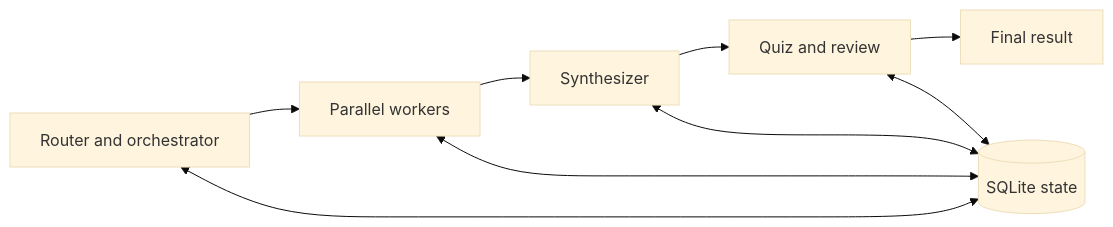
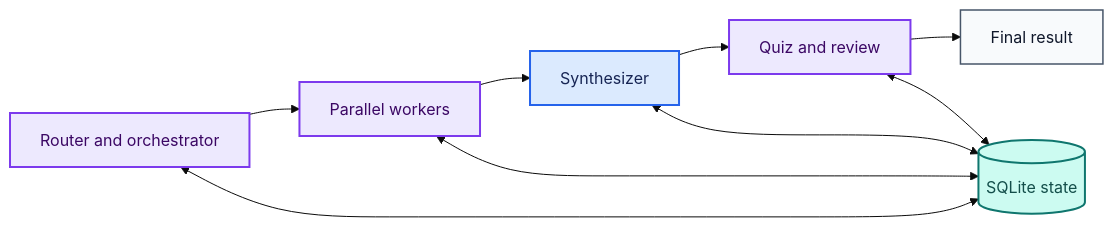
Before and after one commit to anne500/multi-agent-study-guide: diagram 12 of 20 in docs/ARCHITECTURE.md, drawn with Mermaid (base theme). The commit also changed other lines of this file and 7 other files, not shown here.

Commit message:
Add visual learning map and color-coded architecture documentation

````diff
--- a/docs/ARCHITECTURE.md
+++ b/docs/ARCHITECTURE.md
@@ -211,11 +288,19 @@
 ```mermaid
 flowchart LR
     A[Router and orchestrator] --> B[Parallel workers]
     B --> C[Synthesizer]
     C --> D[Quiz and review]
     D --> E[Final result]
     A <--> F[(SQLite state)]
     B <--> F
     C <--> F
     D <--> F
+
+    classDef default fill:#F8FAFC,stroke:#475569,color:#0F172A,stroke-width:1.5px;
+    classDef model fill:#EDE9FE,stroke:#7C3AED,color:#3B0764,stroke-width:2px;
+    class A,B,D model;
+    classDef logic fill:#DBEAFE,stroke:#2563EB,color:#172554,stroke-width:2px;
+    class C logic;
+    classDef store fill:#CCFBF1,stroke:#0F766E,color:#134E4A,stroke-width:2px;
+    class F store;
 ```
````
